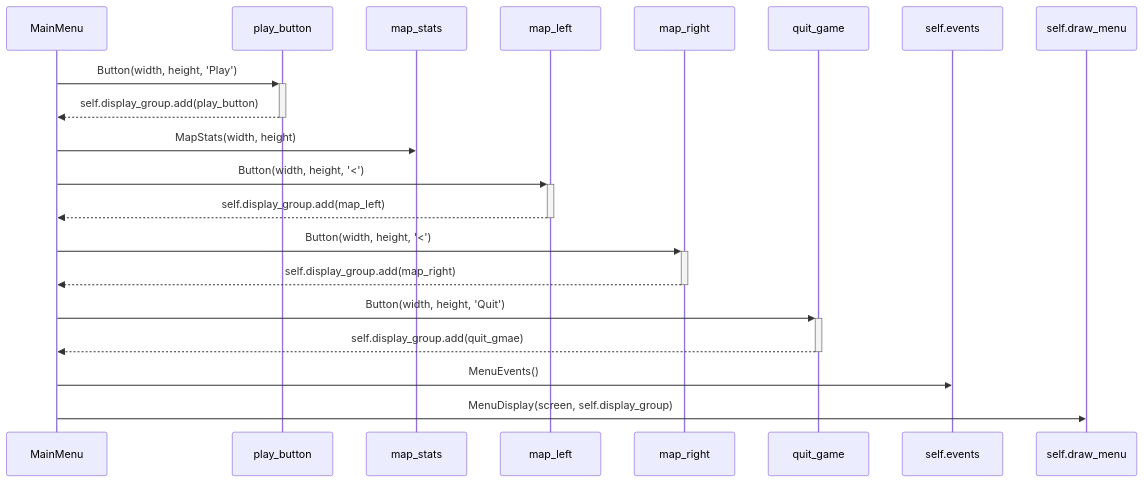
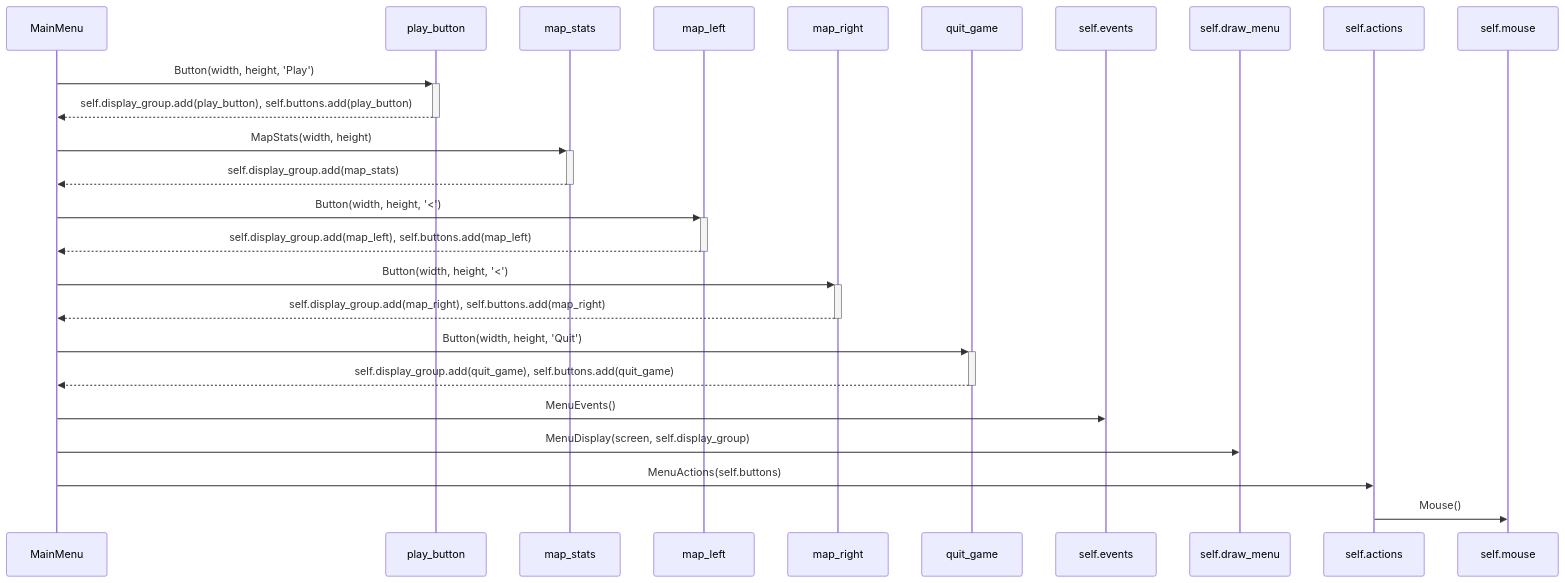
The second of 2 diagrams in dokumentaatio/arkkitehtuuri.md (aitoAarni/ot-harjoitustyo-take2), drawn with Mermaid before and after one commit.

````diff
--- a/dokumentaatio/arkkitehtuuri.md
+++ b/dokumentaatio/arkkitehtuuri.md
@@ -27,14 +27,17 @@
 ```mermaid
 sequenceDiagram
     MainMenu->>+play_button: Button(width, height, 'Play')
-    play_button -->>- MainMenu: self.display_group.add(play_button)
-    MainMenu->>map_stats: MapStats(width, height)
+    play_button -->>- MainMenu: self.display_group.add(play_button), self.buttons.add(play_button)
+    MainMenu->>+map_stats: MapStats(width, height)
+    map_stats -->>- MainMenu: self.display_group.add(map_stats)
     MainMenu->>+map_left: Button(width, height, '<')
-    map_left -->>- MainMenu: self.display_group.add(map_left)
+    map_left -->>- MainMenu: self.display_group.add(map_left), self.buttons.add(map_left)
     MainMenu->>+map_right: Button(width, height, '<')
-    map_right -->>- MainMenu: self.display_group.add(map_right)
+    map_right -->>- MainMenu: self.display_group.add(map_right), self.buttons.add(map_right)
     MainMenu->>+quit_game: Button(width, height, 'Quit')
-    quit_game -->>- MainMenu: self.display_group.add(quit_gmae)
+    quit_game -->>- MainMenu: self.display_group.add(quit_game), self.buttons.add(quit_game)
     MainMenu->>self.events: MenuEvents() 
     MainMenu->>self.draw_menu: MenuDisplay(screen, self.display_group)
+    MainMenu->>self.actions: MenuActions(self.buttons)
+    self.actions->>self.mouse: Mouse()
 ```
````
